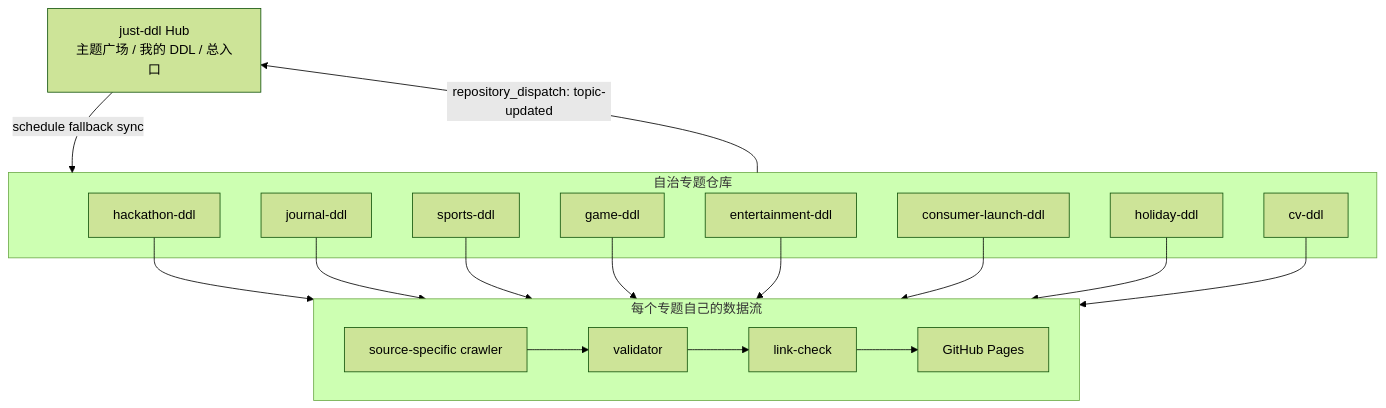
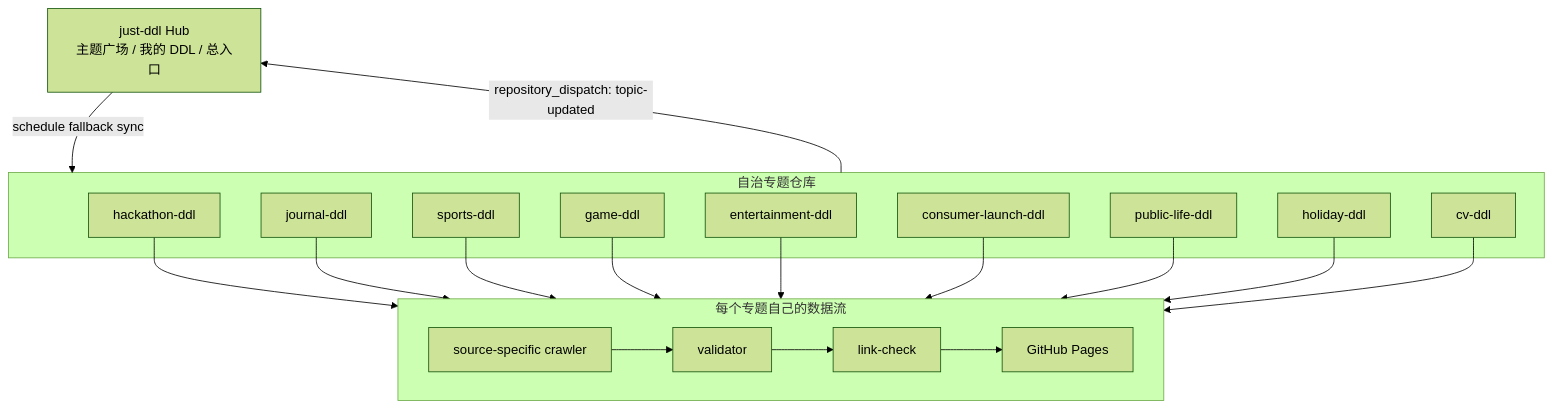
Before and after one commit to Just-Agent/just-ddl: the first of 2 diagrams in README.md, drawn with Mermaid (forest theme). The commit also changed other lines of this file and 5 other files, not shown here.

````diff
--- a/README.md
+++ b/README.md
@@ -76,35 +78,37 @@
 ```mermaid
 flowchart TB
   Hub["just-ddl Hub<br/>主题广场 / 我的 DDL / 总入口"]
 
   subgraph Topics["自治专题仓库"]
     Hackathon["hackathon-ddl"]
     Journal["journal-ddl"]
     Sports["sports-ddl"]
     Game["game-ddl"]
     Entertainment["entertainment-ddl"]
     Consumer["consumer-launch-ddl"]
+    PublicLife["public-life-ddl"]
     Holiday["holiday-ddl"]
     CV["cv-ddl"]
   end
 
   subgraph Pipeline["每个专题自己的数据流"]
     Crawler["source-specific crawler"]
     Validator["validator"]
     LinkCheck["link-check"]
     Pages["GitHub Pages"]
   end
 
   Crawler --> Validator --> LinkCheck --> Pages
   Hackathon --> Pipeline
   Journal --> Pipeline
   Sports --> Pipeline
   Game --> Pipeline
   Entertainment --> Pipeline
   Consumer --> Pipeline
+  PublicLife --> Pipeline
   Holiday --> Pipeline
   CV --> Pipeline
 
   Topics -- "repository_dispatch: topic-updated" --> Hub
   Hub -- "schedule fallback sync" --> Topics
 ```
````
